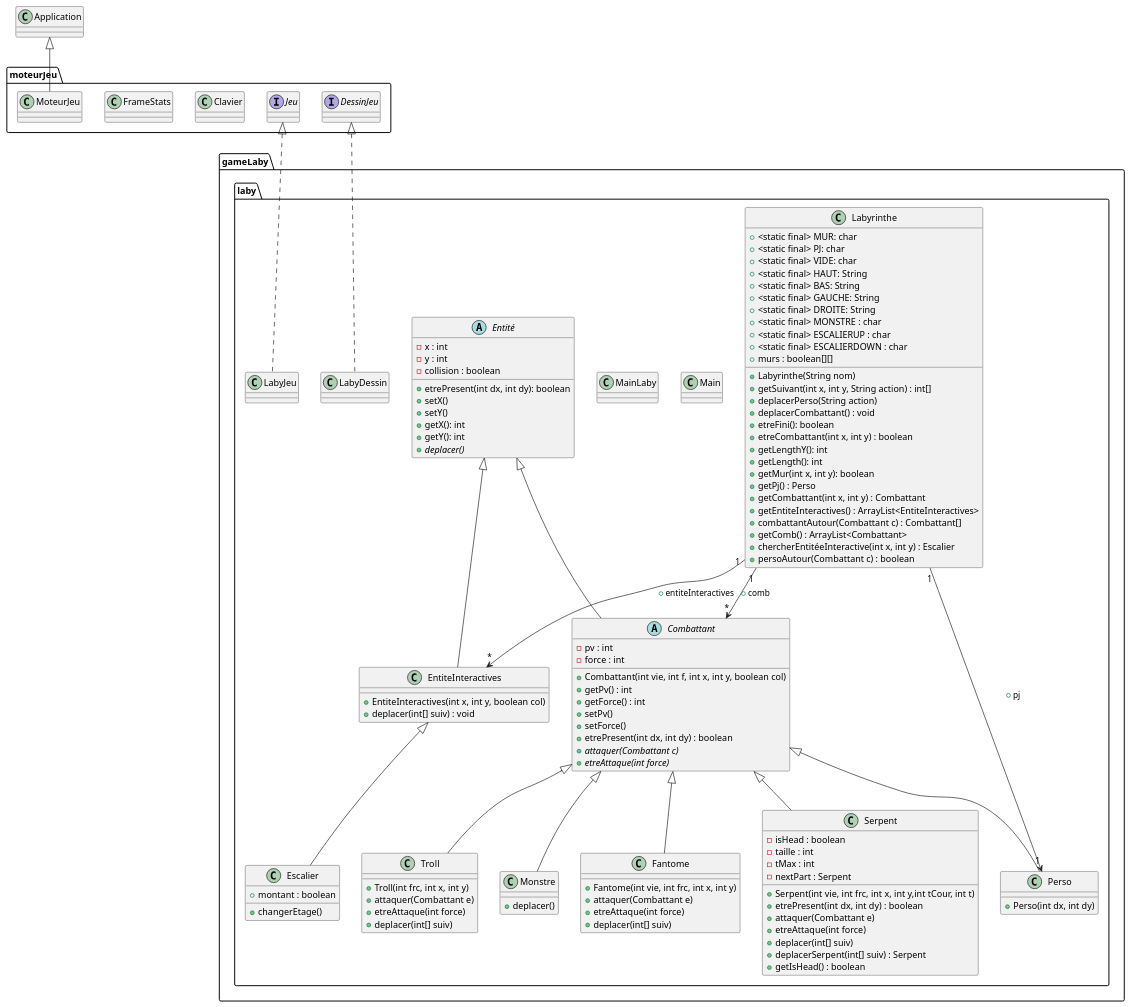
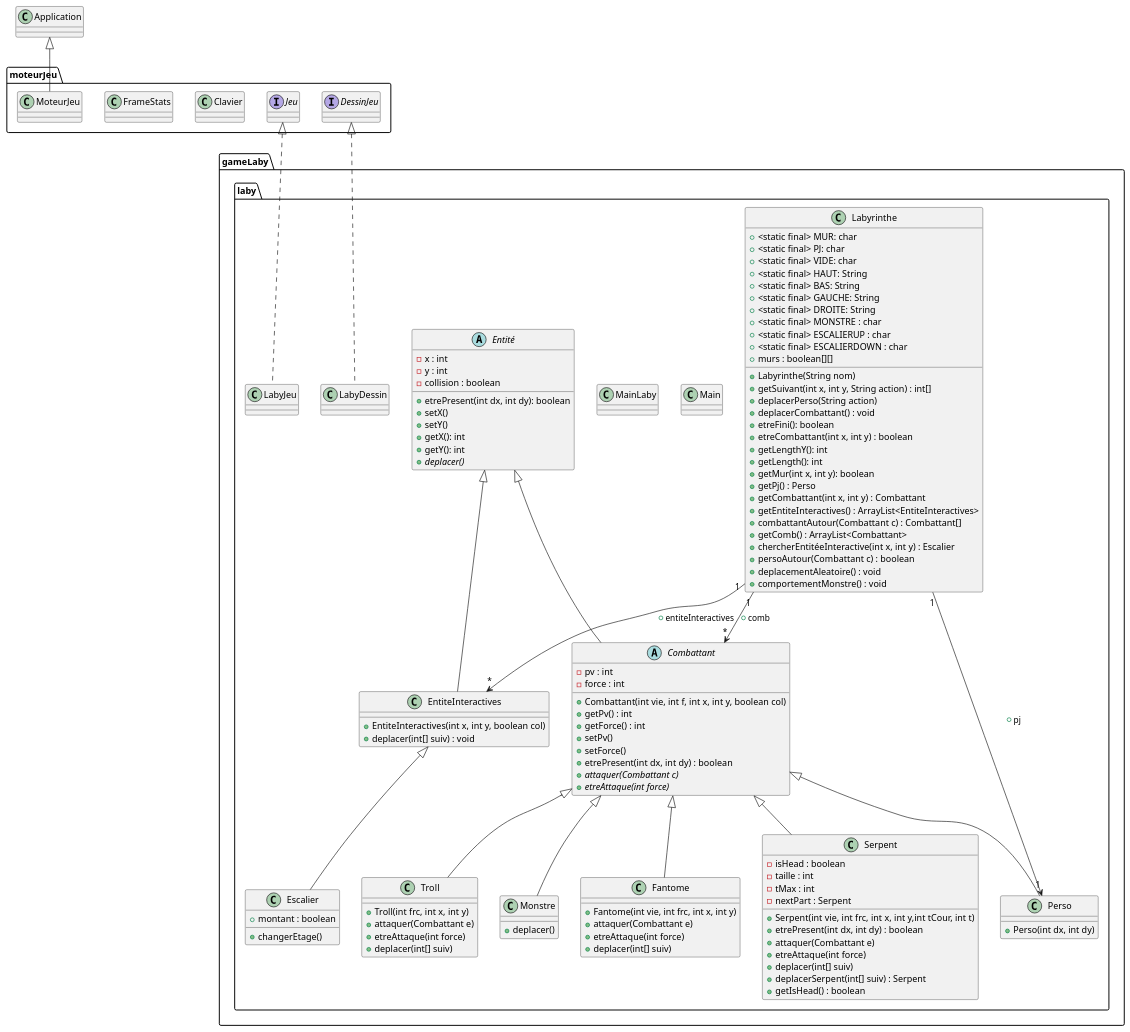
Before and after one commit to celie-ponroy/2023_S2.01_Zeldiablo_ponroy_roth_prykhodko_bortolotti: the diagram in zeldiablo/documents/version_3/diagclass_laby.puml, drawn with PlantUML.

Commit message:
modif diagramme de classe

```diff
--- a/zeldiablo/documents/version_3/diagclass_laby.puml
+++ b/zeldiablo/documents/version_3/diagclass_laby.puml
@@ -1,156 +1,158 @@
 @startuml
 
 package gameLaby.laby{
 
 class Labyrinthe{
 + <static final> MUR: char
 + <static final> PJ: char
 + <static final> VIDE: char
 + <static final> HAUT: String
 + <static final> BAS: String
 + <static final> GAUCHE: String
 + <static final> DROITE: String
 + <static final> MONSTRE : char
 + <static final> ESCALIERUP : char
 + <static final> ESCALIERDOWN : char
 + murs : boolean[][]
 + Labyrinthe(String nom)
 + getSuivant(int x, int y, String action) : int[]
 + deplacerPerso(String action)
 + deplacerCombattant() : void
 + etreFini(): boolean
 + etreCombattant(int x, int y) : boolean
 + getLengthY(): int
 + getLength(): int
 + getMur(int x, int y): boolean
 + getPj() : Perso
 + getCombattant(int x, int y) : Combattant
 + getEntiteInteractives() : ArrayList<EntiteInteractives>
 + combattantAutour(Combattant c) : Combattant[]
 + getComb() : ArrayList<Combattant>
 + chercherEntitéeInteractive(int x, int y) : Escalier
 + persoAutour(Combattant c) : boolean
++ deplacementAleatoire() : void
++ comportementMonstre() : void
 }
 
 
 class Main{
 }
 
 class MainLaby{
 }
 
 class Perso{
 +Perso(int dx, int dy)
 }
 
 Abstract class Entité{
 - x : int
 - y : int
 - collision : boolean
 + etrePresent(int dx, int dy): boolean
 +setX()
 +setY()
 +getX(): int
 +getY(): int
 +{abstract}deplacer()
 }
 
 Abstract class Combattant{
 - pv : int
 - force : int
 + Combattant(int vie, int f, int x, int y, boolean col)
 + getPv() : int
 + getForce() : int
 + setPv()
 + setForce()
 + etrePresent(int dx, int dy) : boolean
 + {abstract}attaquer(Combattant c)
 + {abstract}etreAttaque(int force)
 }
 
 class EntiteInteractives{
 + EntiteInteractives(int x, int y, boolean col)
 + deplacer(int[] suiv) : void
 }
 
 class Monstre{
 + deplacer()
 }
 
 class Fantome{
 + Fantome(int vie, int frc, int x, int y)
 + attaquer(Combattant e)
 + etreAttaque(int force)
 + deplacer(int[] suiv)
 }
 
 class Serpent{
 - isHead : boolean
 - taille : int
 - tMax : int
 - nextPart : Serpent
 + Serpent(int vie, int frc, int x, int y,int tCour, int t)
 + etrePresent(int dx, int dy) : boolean
 + attaquer(Combattant e)
 + etreAttaque(int force)
 + deplacer(int[] suiv)
 + deplacerSerpent(int[] suiv) : Serpent
 + getIsHead() : boolean
 }
 
 class Troll{
 + Troll(int frc, int x, int y)
 + attaquer(Combattant e)
 + etreAttaque(int force)
 + deplacer(int[] suiv)
 }
 
 class Escalier{
 + montant : boolean
 + changerEtage()
 }
 
 class LabyJeu{
 }
 
 class LabyDessin{
 }
 
 }
 
 package moteurJeu{
 
 interface Jeu{
 }
 
 interface DessinJeu{
 }
 
 class Clavier{
 }
 
 class FrameStats{
 }
 
 class MoteurJeu{
 }
 
 }
 
 Labyrinthe "1" --> "*" EntiteInteractives : + entiteInteractives
 Labyrinthe "1" --> "*" Combattant : + comb
 Labyrinthe "1" --> "1" Perso : + pj
 
 Entité <|-- Combattant
 Entité <|-- EntiteInteractives
 Combattant <|-- Monstre
 Combattant <|-- Perso
 Combattant <|-- Fantome
 Combattant <|-- Serpent
 Combattant <|-- Troll
 EntiteInteractives <|-- Escalier
 Jeu <|.. LabyJeu
 DessinJeu <|.. LabyDessin
 Application <|-- MoteurJeu
 
 @enduml
```
